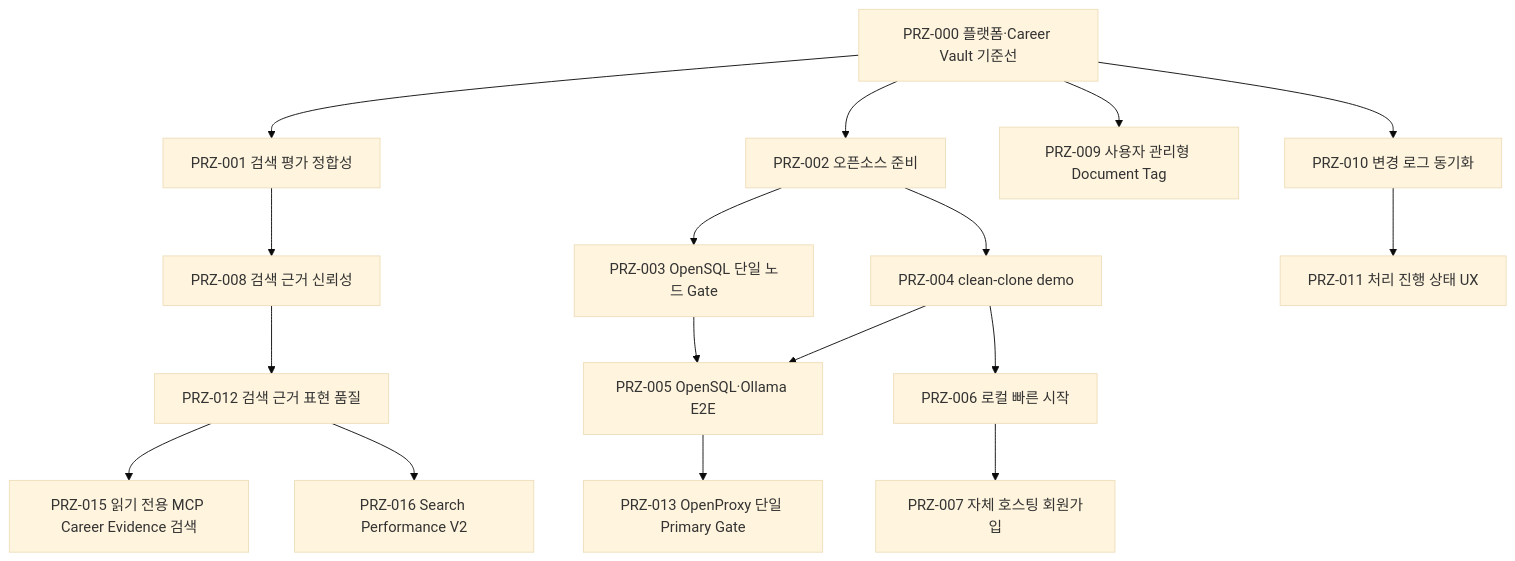
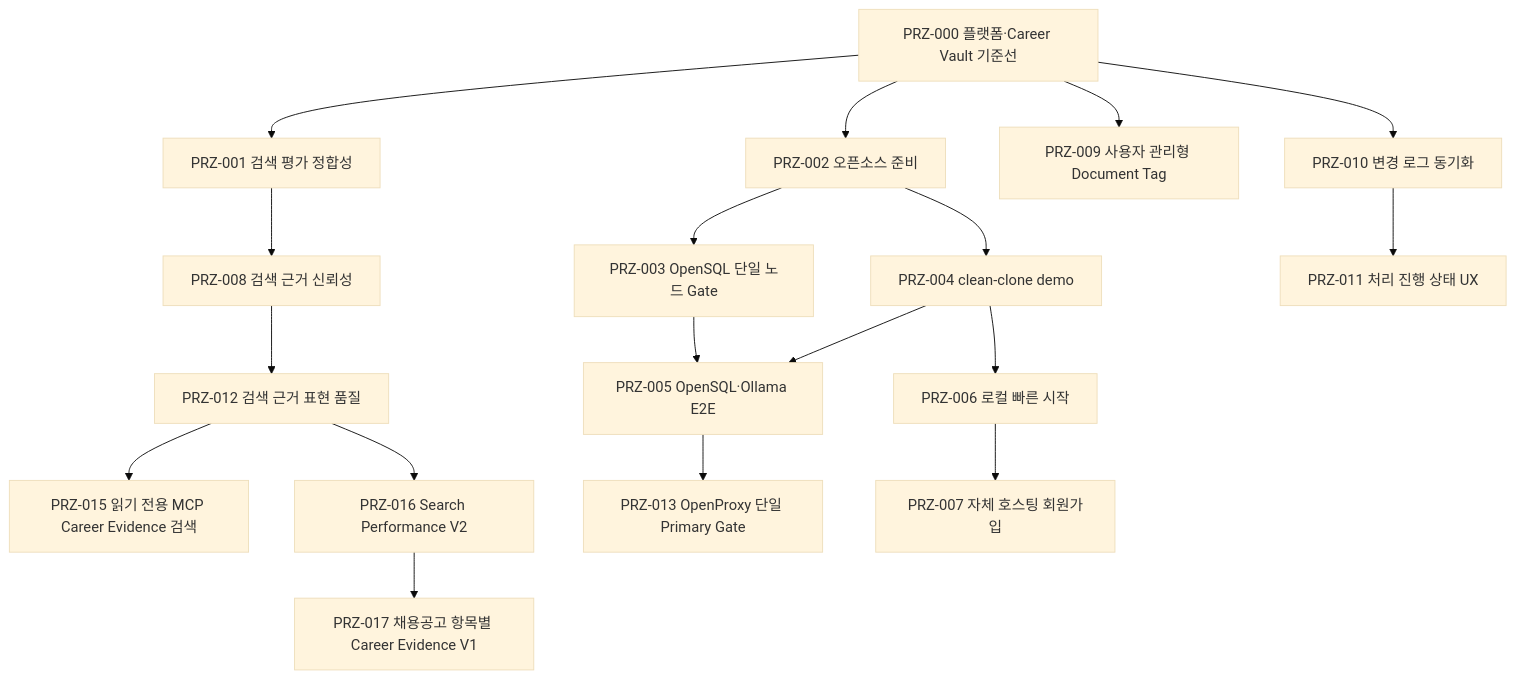
Before and after one commit to jaemin-devlog/PRIZM: the diagram in specs/README.md, drawn with Mermaid (base theme). The commit also changed other lines of this file and 151 other files, not shown here.

First line of the commit message:
PRZ-017: 채용공고 항목별 Career Evidence V1 (#53)

````diff
--- a/specs/README.md
+++ b/specs/README.md
@@ -24,28 +24,30 @@
 ```mermaid
 flowchart TD
     PRZ000["PRZ-000 플랫폼·Career Vault 기준선"]
     PRZ001["PRZ-001 검색 평가 정합성"]
     PRZ002["PRZ-002 오픈소스 준비"]
     PRZ003["PRZ-003 OpenSQL 단일 노드 Gate"]
     PRZ004["PRZ-004 clean-clone demo"]
     PRZ005["PRZ-005 OpenSQL·Ollama E2E"]
     PRZ006["PRZ-006 로컬 빠른 시작"]
     PRZ007["PRZ-007 자체 호스팅 회원가입"]
     PRZ008["PRZ-008 검색 근거 신뢰성"]
     PRZ009["PRZ-009 사용자 관리형 Document Tag"]
     PRZ010["PRZ-010 변경 로그 동기화"]
     PRZ011["PRZ-011 처리 진행 상태 UX"]
     PRZ012["PRZ-012 검색 근거 표현 품질"]
     PRZ013["PRZ-013 OpenProxy 단일 Primary Gate"]
     PRZ015["PRZ-015 읽기 전용 MCP Career Evidence 검색"]
     PRZ016["PRZ-016 Search Performance V2"]
+    PRZ017["PRZ-017 채용공고 항목별 Career Evidence V1"]
 
     PRZ000 --> PRZ001 --> PRZ008 --> PRZ012 --> PRZ015
     PRZ012 --> PRZ016
+    PRZ016 --> PRZ017
     PRZ000 --> PRZ002 --> PRZ003 --> PRZ005
     PRZ002 --> PRZ004 --> PRZ005
     PRZ005 --> PRZ013
     PRZ004 --> PRZ006 --> PRZ007
     PRZ000 --> PRZ009
     PRZ000 --> PRZ010 --> PRZ011
 ```
````
